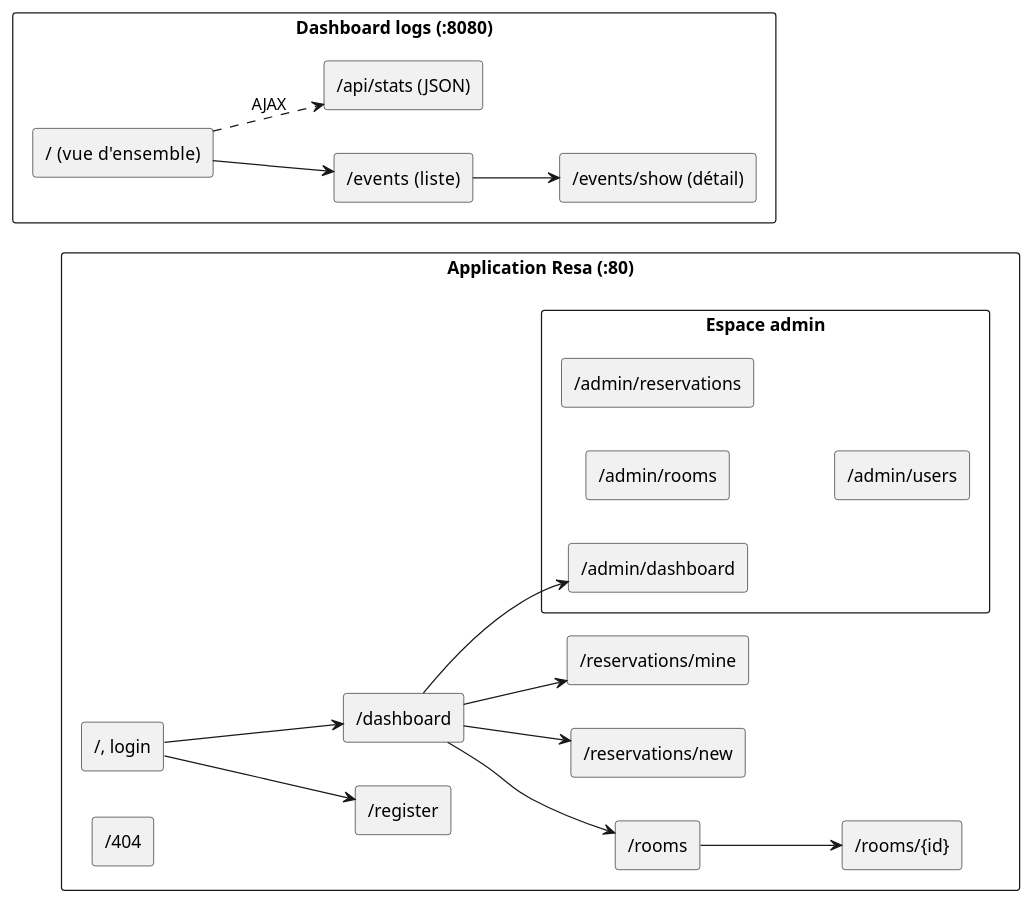
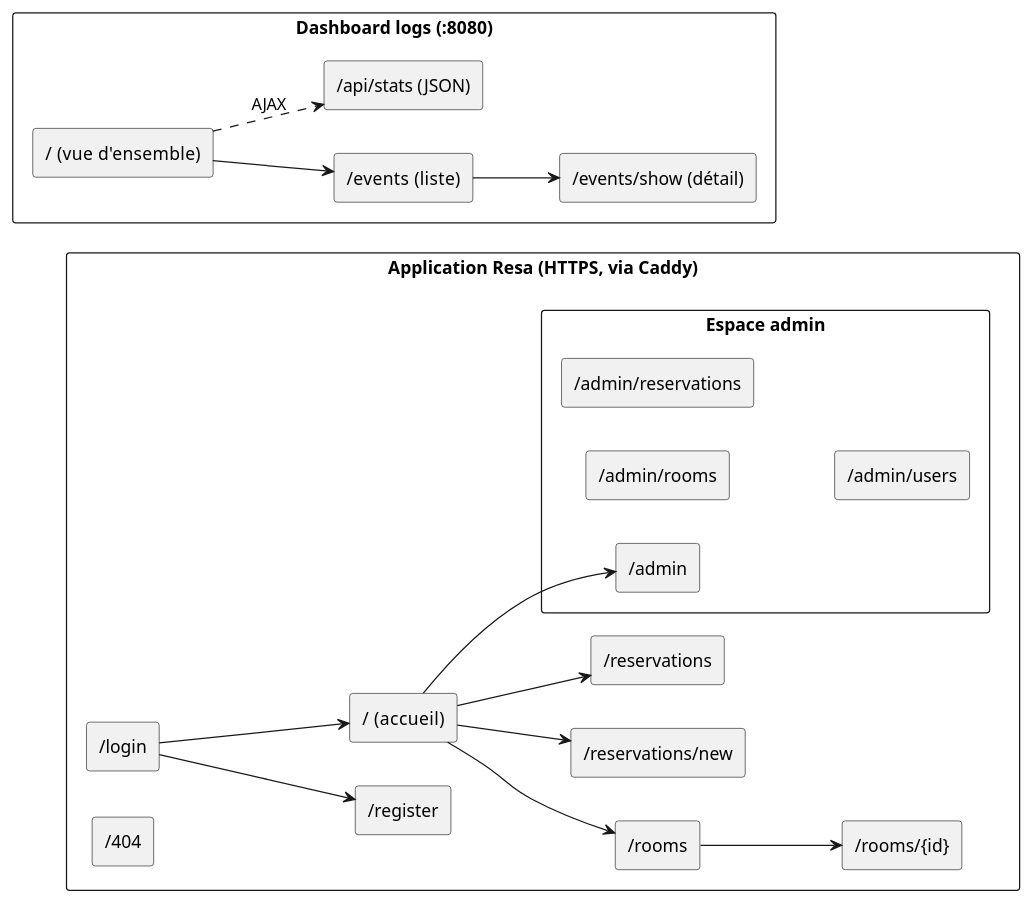
The diagram in docs/uml/sitemap.puml (MatheoMoreira/Dashboard-RsysLogs), drawn with PlantUML before and after one commit. The commit also changed 12 other files, not shown here.

First line of the commit message:
docs(livrables): preuves, diagrammes alignés et source ANSSI jointe

```diff
--- a/docs/uml/sitemap.puml
+++ b/docs/uml/sitemap.puml
@@ -1,42 +1,42 @@
 @startuml sitemap
 ' Plan de site (sitemap) — les deux applications
 skinparam componentStyle rectangle
 left to right direction
 
-rectangle "Application Resa (:80)" {
-  [/, login]            as RLogin
+rectangle "Application Resa (HTTPS, via Caddy)" {
+  [/login]              as RLogin
   [/register]           as RReg
-  [/dashboard]          as RHome
+  [/  (accueil)]        as RHome
   [/rooms]              as RRooms
   [/rooms/{id}]         as RRoom
   [/reservations/new]   as RNew
-  [/reservations/mine]  as RMine
+  [/reservations]       as RMine
   [/404]                as R404
 
   RLogin --> RReg
   RLogin --> RHome
   RHome --> RRooms
   RRooms --> RRoom
   RHome --> RNew
   RHome --> RMine
 
   rectangle "Espace admin" {
-    [/admin/dashboard]     as ADash
+    [/admin]               as ADash
     [/admin/rooms]         as ARooms
     [/admin/reservations]  as ARes
     [/admin/users]         as AUsers
   }
   RHome --> ADash
 }
 
 rectangle "Dashboard logs (:8080)" {
   [/  (vue d'ensemble)]  as DHome
   [/events  (liste)]     as DList
   [/events/show (détail)] as DShow
   [/api/stats (JSON)]    as DApi
 
   DHome --> DList
   DList --> DShow
   DHome ..> DApi : AJAX
 }
 @enduml
```
